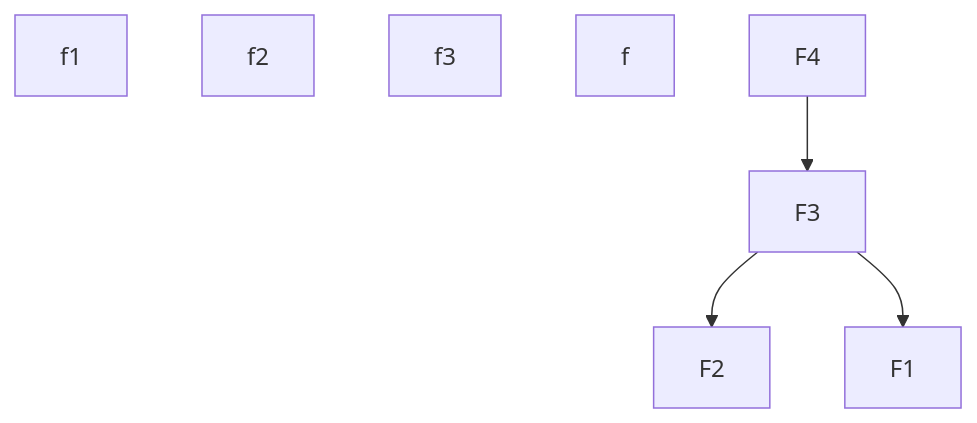
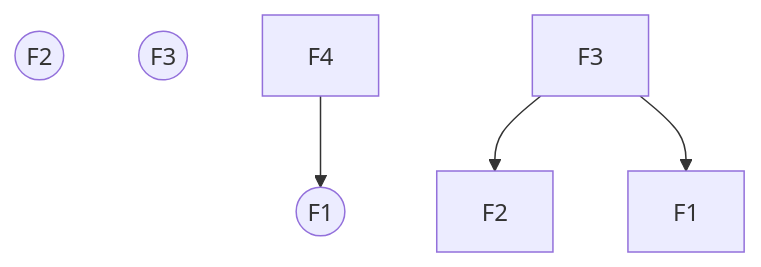
Before and after one commit to bfeitknecht/vault: the second of 2 diagrams in wiki/dynamic programming.md, drawn with Mermaid. The commit also changed 1 other file, not shown here.

Commit message:
backup: 2024-09-20T08:26:17+02:00 from MacBook Pro (echo)
Affected files:
.obsidian/vault-stats.json
wiki/dynamic programming.md

````diff
--- a/wiki/dynamic programming.md
+++ b/wiki/dynamic programming.md
@@ -14,12 +14,11 @@
 ```mermaid
 flowchart TD
 
-f1
-f2
-f3
-f
+f1((F1))
+f2((F2))
+f3((F3))
 
-F4 -->
+F4 --> f1
 F3 --> F2 & F1
 
 ```
````
